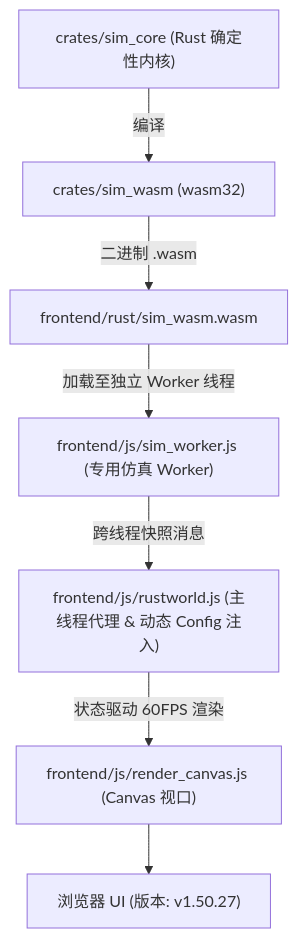
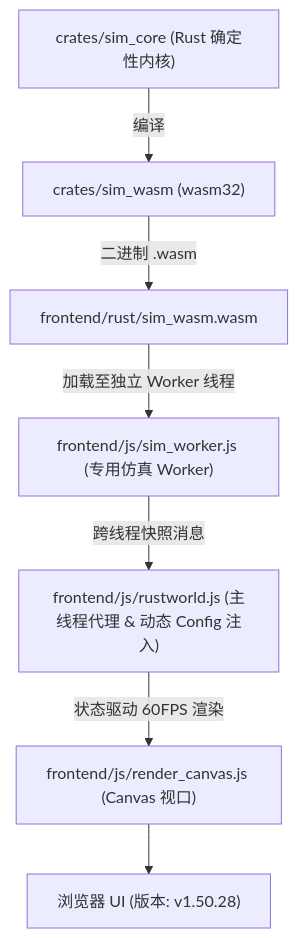
One commit to g39088902/FlowAndAccord changed the diagram in AGENTS.md. Above: the diagram before and after it, drawn with Mermaid. The commit also changed other lines of this file and 50 other files, not shown here.

````diff
--- a/AGENTS.md
+++ b/AGENTS.md
@@ -62,9 +61,9 @@
 ```mermaid
 graph TD
     A["crates/sim_core (Rust 确定性内核)"] -->|编译| B["crates/sim_wasm (wasm32)"]
     B -->|二进制 .wasm| C["frontend/rust/sim_wasm.wasm"]
     C -->|加载至独立 Worker 线程| D["frontend/js/sim_worker.js (专用仿真 Worker)"]
     D -->|跨线程快照消息| E["frontend/js/rustworld.js (主线程代理 & 动态 Config 注入)"]
     E -->|状态驱动 60FPS 渲染| F["frontend/js/render_canvas.js (Canvas 视口)"]
-    F --> G["浏览器 UI (版本: v1.50.27)"]
+    F --> G["浏览器 UI (版本: v1.50.28)"]
 ```
````
